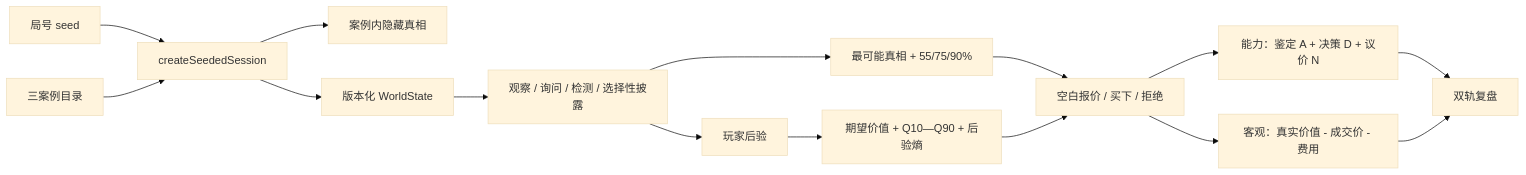
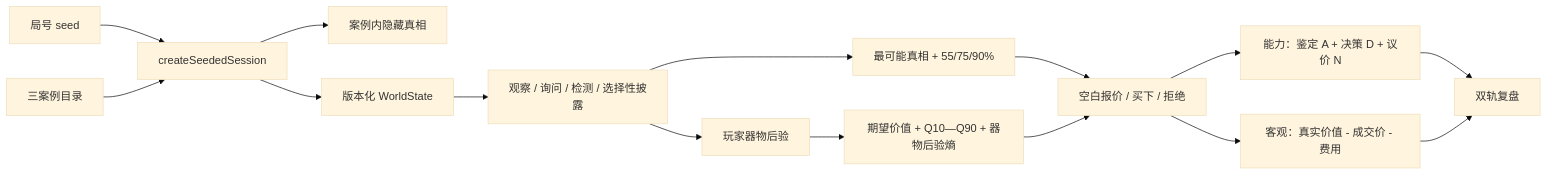
Before and after one commit to NomuTsuki/zhangyan: the first of 3 diagrams in docs/project/01-SYSTEM-MAP.md, drawn with Mermaid (base theme). The commit also changed other lines of this file and 26 other files, not shown here.

````diff
--- a/docs/project/01-SYSTEM-MAP.md
+++ b/docs/project/01-SYSTEM-MAP.md
@@ -32,17 +36,17 @@
 ```mermaid
 flowchart LR
     Seed["局号 seed"] --> Session["createSeededSession"]
     Catalog["三案例目录"] --> Session
     Session --> Truth["案例内隐藏真相"]
     Session --> State["版本化 WorldState"]
     State --> Investigate["观察 / 询问 / 检测 / 选择性披露"]
-    Investigate --> Posterior["玩家后验"]
-    Posterior --> Valuation["期望价值 + Q10—Q90 + 后验熵"]
+    Investigate --> Posterior["玩家器物后验"]
+    Posterior --> Valuation["期望价值 + Q10—Q90 + 器物后验熵"]
     Investigate --> Appraisal["最可能真相 + 55/75/90%"]
     Appraisal --> Trade["空白报价 / 买下 / 拒绝"]
     Valuation --> Trade
     Trade --> Ability["能力：鉴定 A + 决策 D + 议价 N"]
     Trade --> Objective["客观：真实价值 - 成交价 - 费用"]
     Ability --> Review["双轨复盘"]
     Objective --> Review
 ```
````
